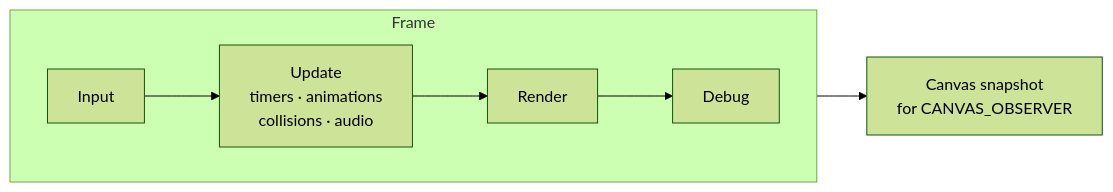
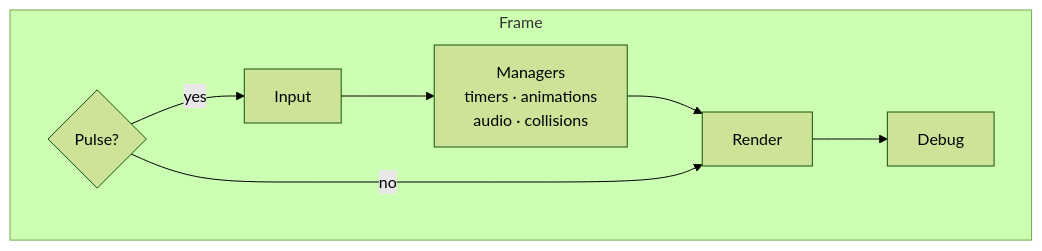
One commit to patryk025/Rex-EMoolator changed the diagram in docs/en/internals/index.md. Above: the diagram before and after it, drawn with Mermaid (forest theme). The commit also changed other lines of this file and 83 other files, not shown here.

````diff
--- a/docs/en/internals/index.md
+++ b/docs/en/internals/index.md
@@ -9,10 +9,11 @@
 ```mermaid
 flowchart LR
     subgraph Frame
       direction LR
-      I[Input] --> U[Update<br/>timers · animations<br/>collisions · audio]
+      P{Pulse?} -- yes --> I[Input]
+      I --> U[Managers<br/>timers · animations<br/>audio · collisions]
       U --> R[Render]
+      P -- no --> R
       R --> D[Debug]
     end
-    D --> SS[Canvas snapshot<br/>for CANVAS_OBSERVER]
 ```
````
